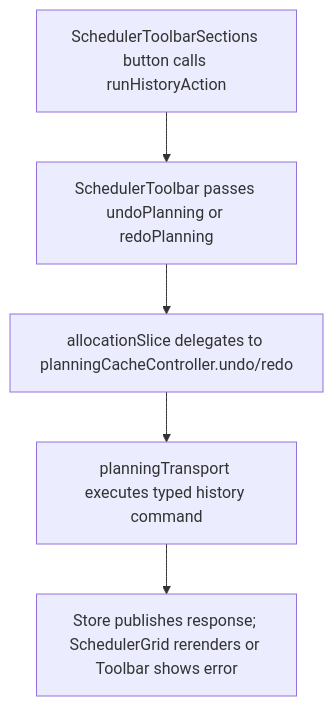
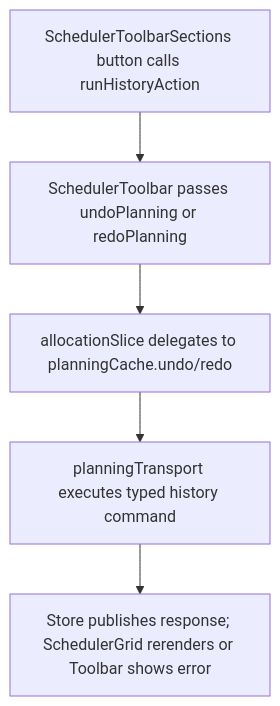
The second of 2 diagrams in user-stories/toolbar/US-TBR-06-undo-redo-buttons.md (Kevinjohn/capacitylens), drawn with Mermaid before and after one commit. The commit also changed other lines of this file and 117 other files, not shown here.

First line of the commit message:
Planning cache: rename the planning cache controller family

````diff
--- a/user-stories/toolbar/US-TBR-06-undo-redo-buttons.md
+++ b/user-stories/toolbar/US-TBR-06-undo-redo-buttons.md
@@ -33,7 +33,7 @@
 ```mermaid
 flowchart TD
   A["SchedulerToolbarSections button calls runHistoryAction"] --> B["SchedulerToolbar passes undoPlanning or redoPlanning"]
-  B --> C["allocationSlice delegates to planningCacheController.undo/redo"]
+  B --> C["allocationSlice delegates to planningCache.undo/redo"]
   C --> D["planningTransport executes typed history command"]
   D --> E["Store publishes response; SchedulerGrid rerenders or Toolbar shows error"]
 ```
````
